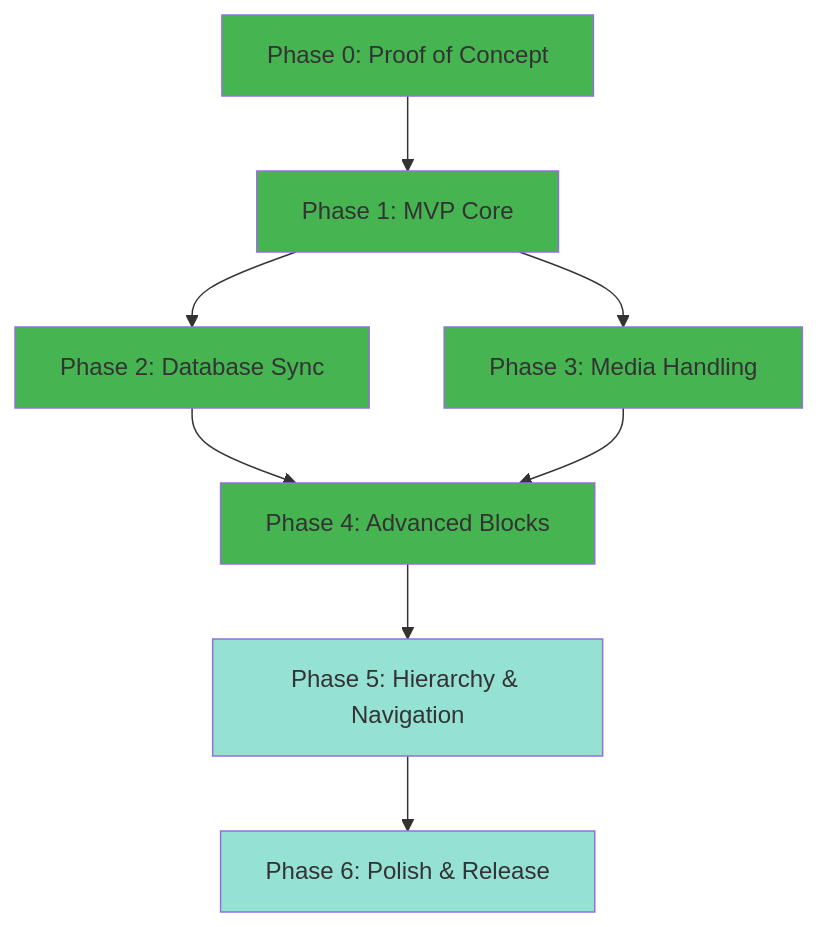
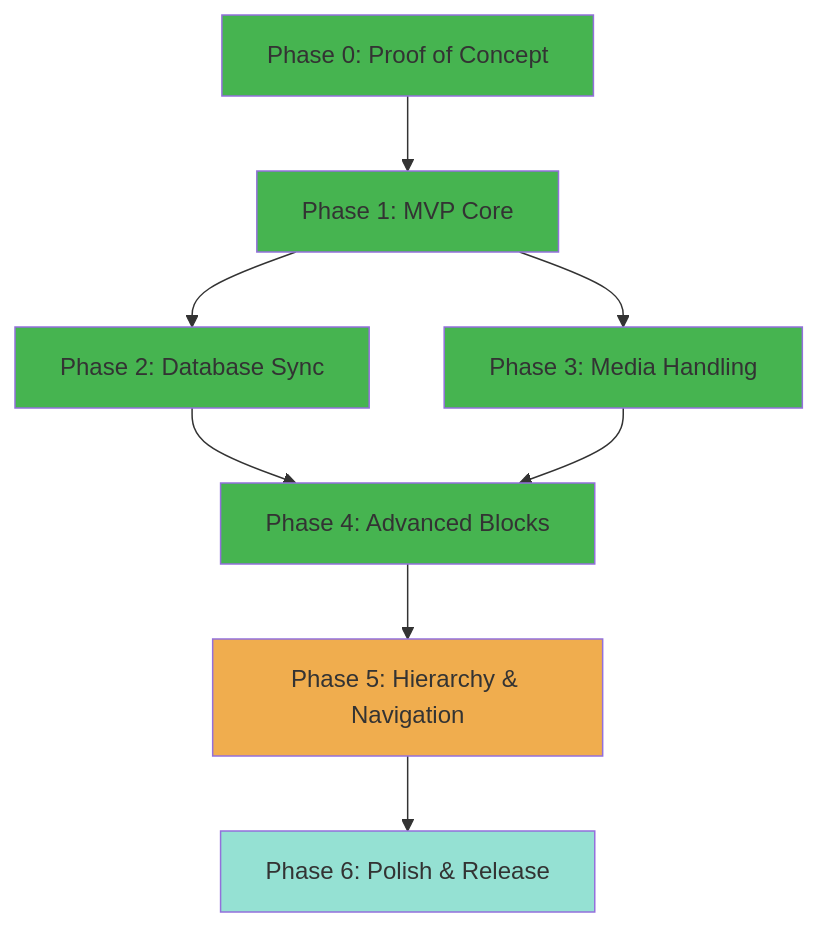
The diagram in docs/plans/main-plan.md (thevgergroup/notion-wp), drawn with Mermaid before and after one commit. The commit also changed other lines of this file and 2 other files, not shown here.

````diff
--- a/docs/plans/main-plan.md
+++ b/docs/plans/main-plan.md
@@ -9,18 +9,18 @@
 ```mermaid
 flowchart TD
     P0[Phase 0: Proof of Concept] --> P1[Phase 1: MVP Core]
     P1 --> P2[Phase 2: Database Sync]
     P1 --> P3[Phase 3: Media Handling]
     P2 --> P4[Phase 4: Advanced Blocks]
     P3 --> P4
     P4 --> P5[Phase 5: Hierarchy & Navigation]
     P5 --> P6[Phase 6: Polish & Release]
 
     style P0 fill:#46b450
     style P1 fill:#46b450
     style P2 fill:#46b450
     style P3 fill:#46b450
     style P4 fill:#46b450
-    style P5 fill:#95e1d3
+    style P5 fill:#f0ad4e
     style P6 fill:#95e1d3
 ```
````
